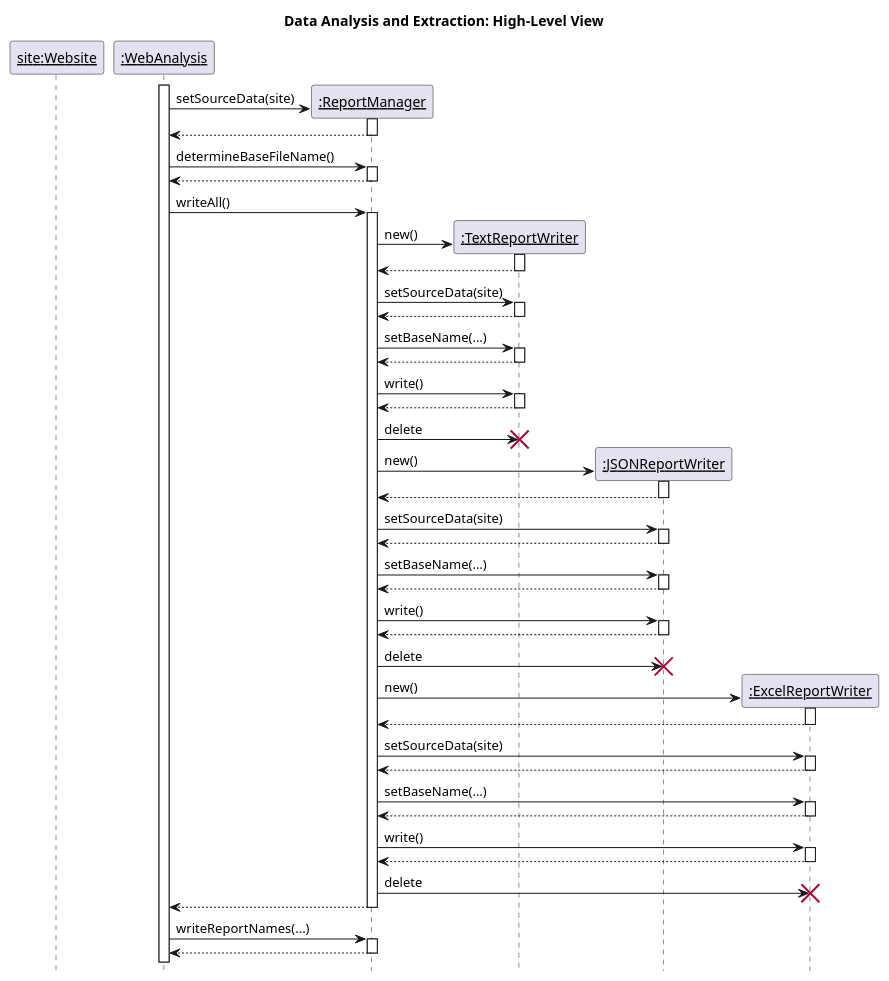
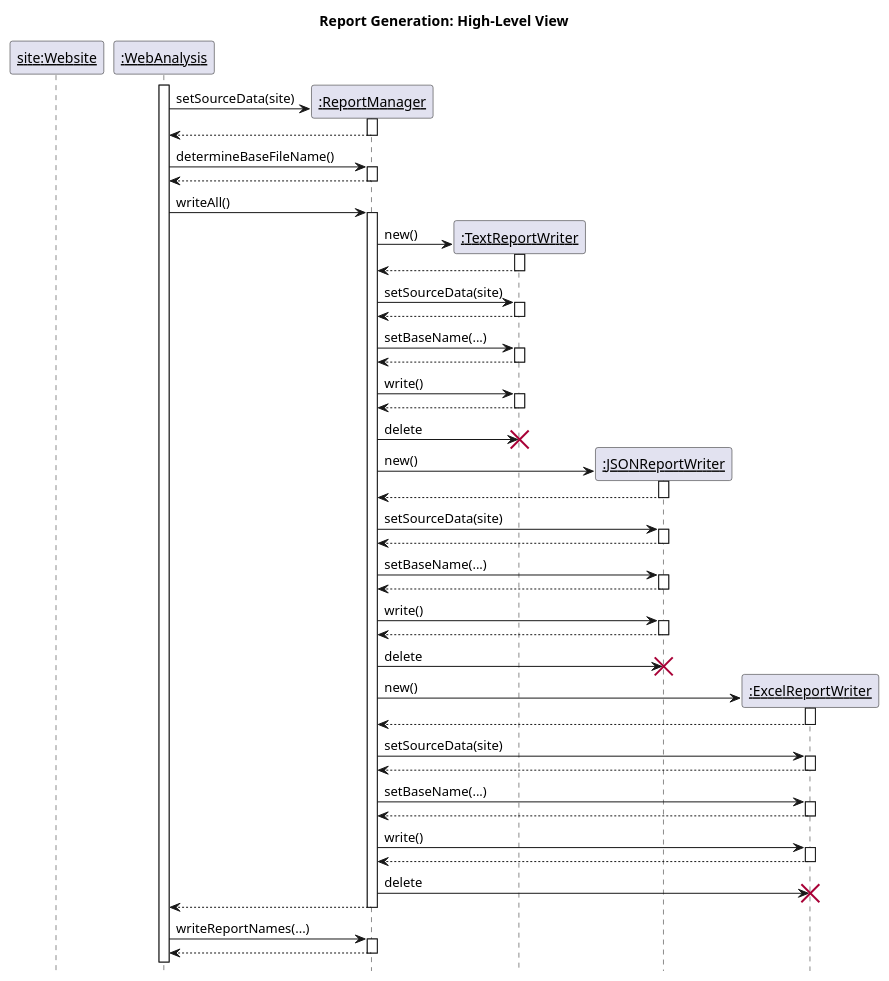
Before and after one commit to cstkennedy/Phase-3-Brainstorming-Web-Analysis: diagram 14 of 14 in README.md, drawn with PlantUML. The commit also changed other lines of this file and 1 other file, not shown here.

````diff
--- a/README.md
+++ b/README.md
@@ -1465,62 +1480,62 @@
 ```plantuml
 @startuml sequence_03.svg
 autoactivate on
 hide footbox
 skinparam backgroundColor #FFFFFF
 skinparam sequenceParticipant underline
 
-title Data Analysis and Extraction: High-Level View
+title Report Generation: High-Level View
 
 participant "site:Website" as site
 participant ":WebAnalysis" as driver
 activate driver
 
 
 create ":ReportManager" as manager
 
 driver -> manager: setSourceData(site)
 return
 
 driver -> manager: determineBaseFileName()
 return
 
 driver -> manager: writeAll()
     create ":TextReportWriter" as textWriter
     manager -> textWriter: new()
     return
     manager -> textWriter: setSourceData(site)
     return
     manager -> textWriter: setBaseName(...)
     return
     manager -> textWriter: write()
     return
     manager -> textWriter !!: delete
 
     create ":JSONReportWriter" as jsonWriter
     manager -> jsonWriter: new()
     return
     manager -> jsonWriter: setSourceData(site)
     return
     manager -> jsonWriter: setBaseName(...)
     return
     manager -> jsonWriter: write()
     return
     manager -> jsonWriter !!: delete
 
     create ":ExcelReportWriter" as excelWriter
     manager -> excelWriter: new()
     return
     manager -> excelWriter: setSourceData(site)
     return
     manager -> excelWriter: setBaseName(...)
     return
     manager -> excelWriter: write()
     return
     manager -> excelWriter !!: delete
 return
 
 driver -> manager: writeReportNames(...)
 return
 
 @enduml
 ```
````
